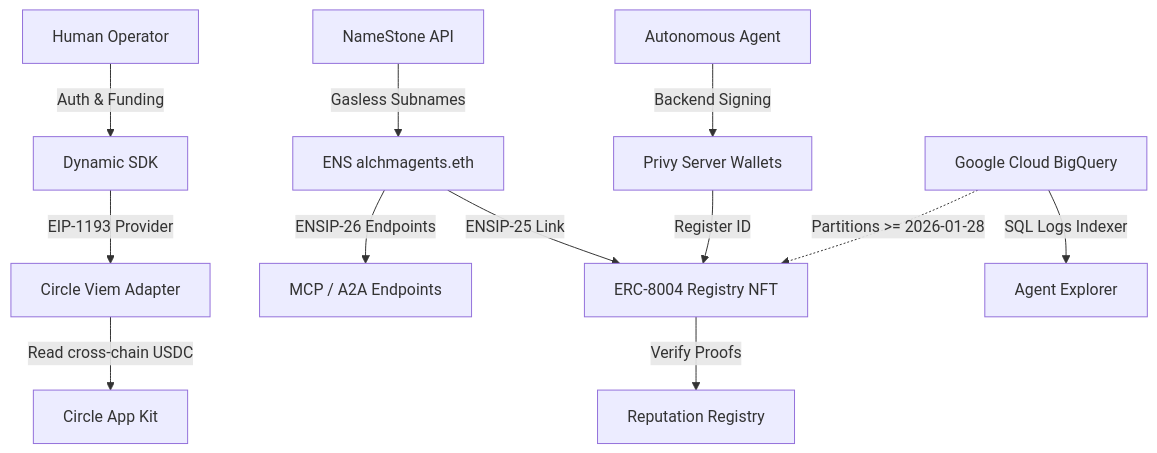
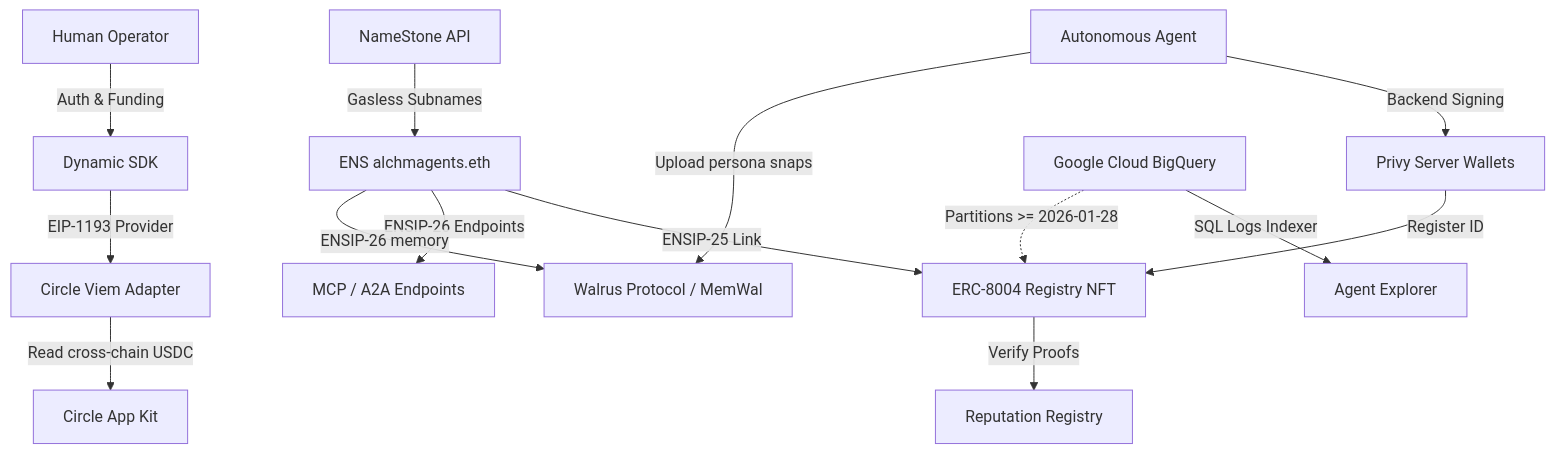
Before and after one commit to gregcastro23/alchm-agents-solana: the diagram in docs/phase_I_integration_plan.md, drawn with Mermaid. The commit also changed other lines of this file, not shown here.

Commit message:
docs: add Walrus Protocol to Phase I integration plan

````diff
--- a/docs/phase_I_integration_plan.md
+++ b/docs/phase_I_integration_plan.md
@@ -9,23 +9,27 @@
 ```mermaid
 graph TD
     %% Roles
     User[Human Operator] -->|Auth & Funding| Dynamic[Dynamic SDK]
     Agent[Autonomous Agent] -->|Backend Signing| Privy[Privy Server Wallets]
-    
+
     %% Core Interfaces
     Dynamic -->|EIP-1193 Provider| ViemAdapter[Circle Viem Adapter]
     ViemAdapter -->|Read cross-chain USDC| Circle[Circle App Kit]
-    
+
     %% Identity & Registry
     Privy -->|Register ID| ERC8004[ERC-8004 Registry NFT]
     ERC8004 -->|Verify Proofs| Reputation[Reputation Registry]
-    
+
     %% Resolution & Discovery
     NameStone[NameStone API] -->|Gasless Subnames| ENS[ENS alchmagents.eth]
     ENS -->|ENSIP-25 Link| ERC8004
     ENS -->|ENSIP-26 Endpoints| AgentServices[MCP / A2A Endpoints]
-    
+    ENS -->|ENSIP-26 memory| Walrus[Walrus Protocol / MemWal]
+
+    %% Storage & Memory
+    Agent -->|Upload persona snaps| Walrus
+
     %% Analytics & Explorer
     BigQuery[Google Cloud BigQuery] -->|SQL Logs Indexer| Explorer[Agent Explorer]
     BigQuery -.->|Partitions >= 2026-01-28| ERC8004
 ```
````
